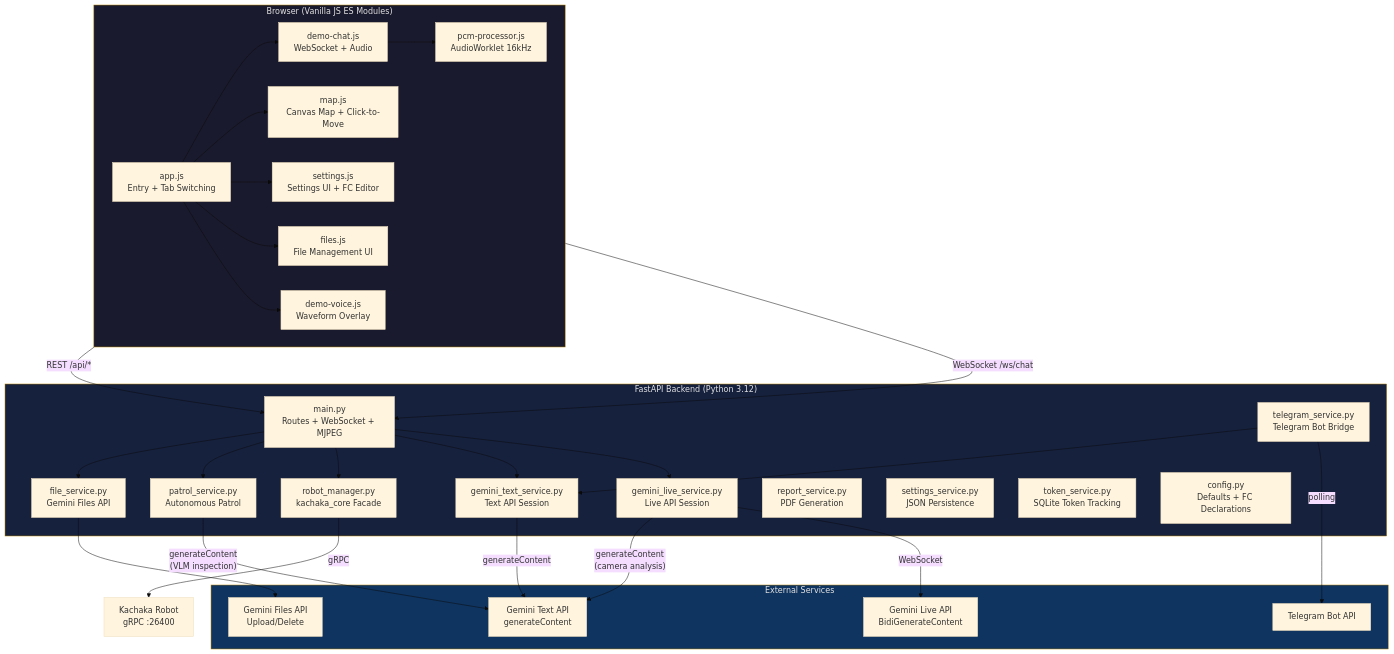
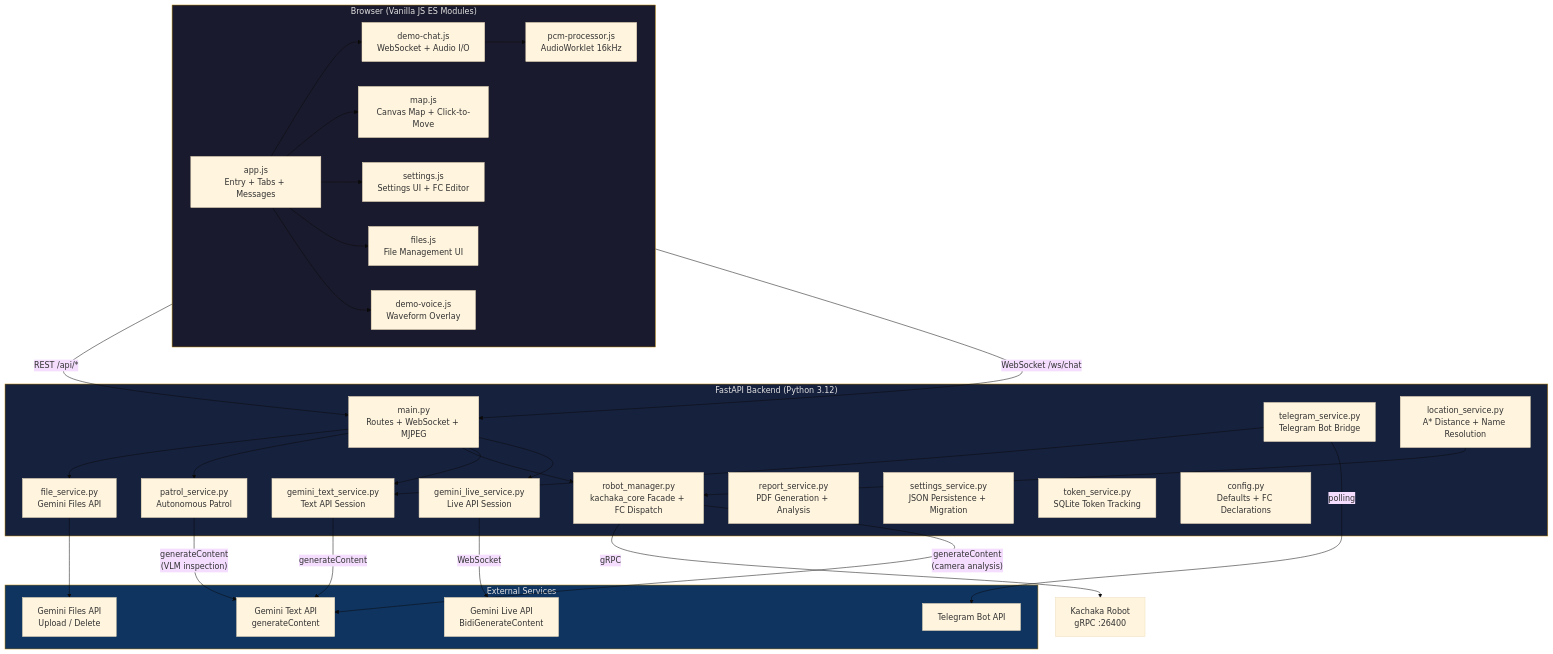
Before and after one commit to sigmarobotics/kachaka-gemini: the second of 2 diagrams in README.md, drawn with Mermaid (base theme). The commit also changed other lines of this file and 1 other file, not shown here.

First line of the commit message:
docs: rewrite README and architecture doc from codebase scan

````diff
--- a/README.md
+++ b/README.md
@@ -27,65 +65,67 @@
 ```mermaid
 graph TB
     subgraph Browser["Browser (Vanilla JS ES Modules)"]
-        APP[app.js<br/>Entry + Tab Switching]
-        CHAT[demo-chat.js<br/>WebSocket + Audio]
+        APP[app.js<br/>Entry + Tabs + Messages]
+        CHAT[demo-chat.js<br/>WebSocket + Audio I/O]
         MAP[map.js<br/>Canvas Map + Click-to-Move]
         SETTINGS[settings.js<br/>Settings UI + FC Editor]
         FILES_JS[files.js<br/>File Management UI]
         VOICE[demo-voice.js<br/>Waveform Overlay]
         PCM[pcm-processor.js<br/>AudioWorklet 16kHz]
     end
 
     subgraph FastAPI["FastAPI Backend (Python 3.12)"]
         MAIN[main.py<br/>Routes + WebSocket + MJPEG]
         LIVE[gemini_live_service.py<br/>Live API Session]
         TEXT[gemini_text_service.py<br/>Text API Session]
-        RMGR[robot_manager.py<br/>kachaka_core Facade]
+        RMGR[robot_manager.py<br/>kachaka_core Facade + FC Dispatch]
         PATROL[patrol_service.py<br/>Autonomous Patrol]
         TELEGRAM[telegram_service.py<br/>Telegram Bot Bridge]
+        LOCSVC[location_service.py<br/>A* Distance + Name Resolution]
         FSVC[file_service.py<br/>Gemini Files API]
-        REPORT[report_service.py<br/>PDF Generation]
-        SETTINGS_SVC[settings_service.py<br/>JSON Persistence]
+        REPORT[report_service.py<br/>PDF Generation + Analysis]
+        SETTINGS_SVC[settings_service.py<br/>JSON Persistence + Migration]
         TOKEN[token_service.py<br/>SQLite Token Tracking]
         CONFIG[config.py<br/>Defaults + FC Declarations]
     end
 
     subgraph External["External Services"]
         GEMINI_TEXT[Gemini Text API<br/>generateContent]
         GEMINI_LIVE[Gemini Live API<br/>BidiGenerateContent]
-        GEMINI_FILES[Gemini Files API<br/>Upload/Delete]
+        GEMINI_FILES[Gemini Files API<br/>Upload / Delete]
         TG_API[Telegram Bot API]
     end
 
     ROBOT[Kachaka Robot<br/>gRPC :26400]
 
     APP --> CHAT
     APP --> MAP
     APP --> SETTINGS
     APP --> FILES_JS
     APP --> VOICE
     CHAT --> PCM
 
     Browser -- "WebSocket /ws/chat" --> MAIN
     Browser -- "REST /api/*" --> MAIN
 
     MAIN --> LIVE
     MAIN --> TEXT
     MAIN --> RMGR
     MAIN --> PATROL
     MAIN --> FSVC
 
     LIVE -- "WebSocket" --> GEMINI_LIVE
-    LIVE -- "generateContent<br/>(camera analysis)" --> GEMINI_TEXT
     TEXT -- "generateContent" --> GEMINI_TEXT
     PATROL -- "generateContent<br/>(VLM inspection)" --> GEMINI_TEXT
+    RMGR -- "generateContent<br/>(camera analysis)" --> GEMINI_TEXT
     FSVC --> GEMINI_FILES
     TELEGRAM -- "polling" --> TG_API
     TELEGRAM --> TEXT
 
     RMGR -- "gRPC" --> ROBOT
+    LOCSVC --> RMGR
 
     style Browser fill:#1a1a2e,stroke:#b8860b,color:#e0e0e0
     style FastAPI fill:#16213e,stroke:#b8860b,color:#e0e0e0
     style External fill:#0f3460,stroke:#b8860b,color:#e0e0e0
 ```
````
